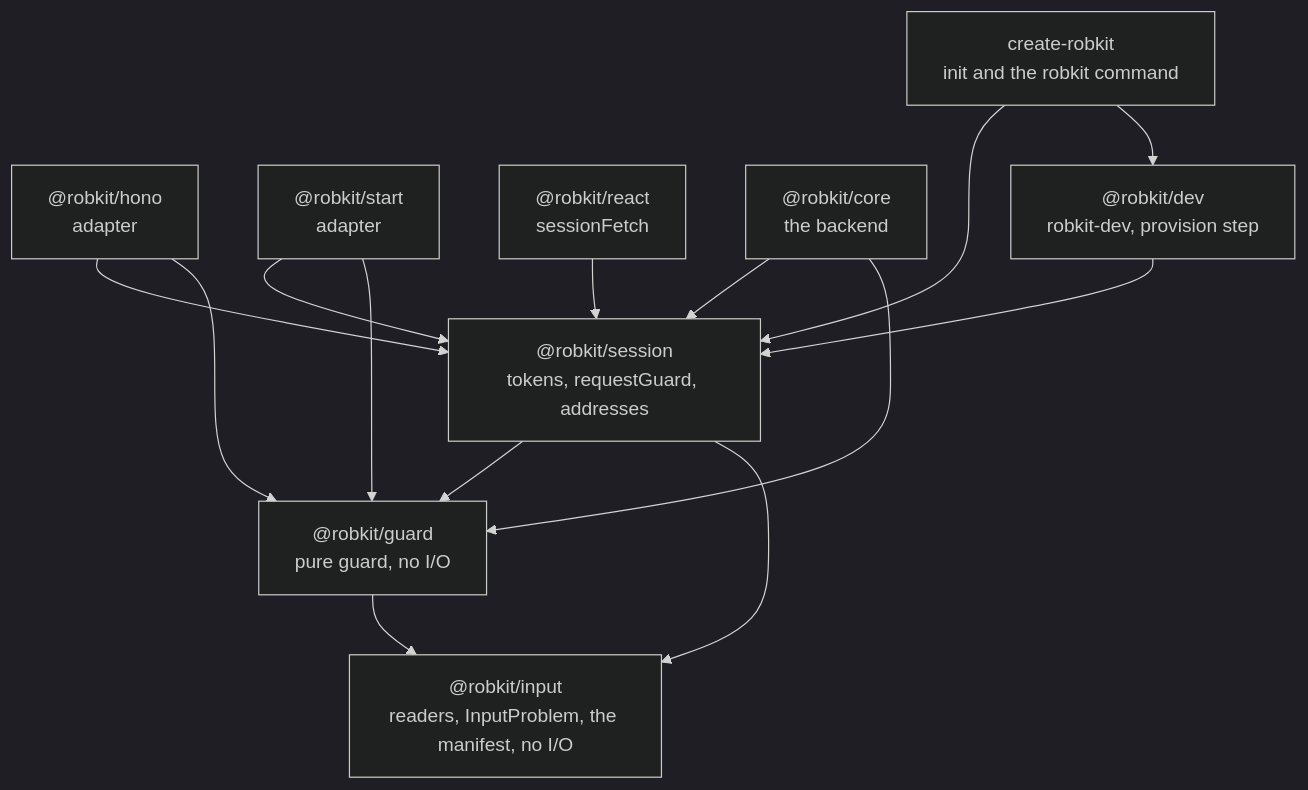
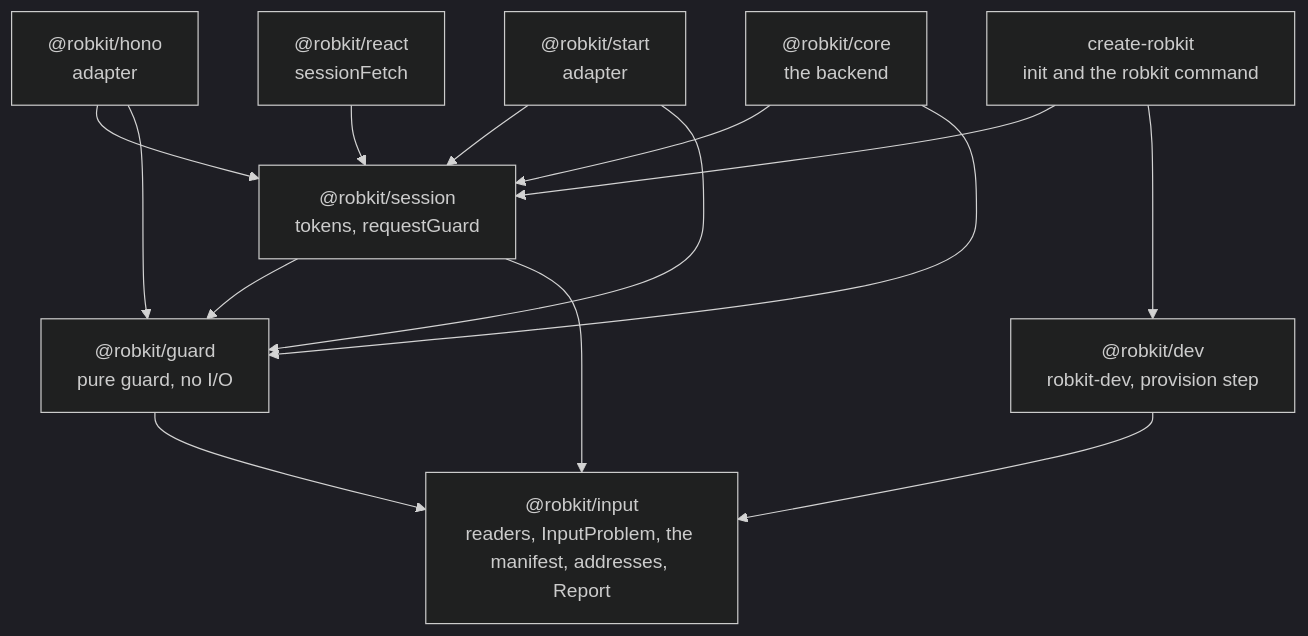
One commit to RobertScholey98/robkit changed the fourth of 5 diagrams in docs/architecture.md. Above: the diagram before and after it, drawn with Mermaid (dark theme). The commit also changed other lines of this file, not shown here.

First line of the commit message:
Bring architecture.md up to date with tickets 21 and 26

````diff
--- a/docs/architecture.md
+++ b/docs/architecture.md
@@ -120,26 +120,26 @@
 ```mermaid
 flowchart TD
-  input["@robkit/input<br/>readers, InputProblem, the manifest, no I/O"]
+  input["@robkit/input<br/>readers, InputProblem, the manifest, addresses, Report"]
   guard["@robkit/guard<br/>pure guard, no I/O"]
-  session["@robkit/session<br/>tokens, requestGuard, addresses"]
+  session["@robkit/session<br/>tokens, requestGuard"]
   hono["@robkit/hono<br/>adapter"]
   start["@robkit/start<br/>adapter"]
   react["@robkit/react<br/>sessionFetch"]
   core["@robkit/core<br/>the backend"]
   dev["@robkit/dev<br/>robkit-dev, provision step"]
   create["create-robkit<br/>init and the robkit command"]
 
   guard --> input
   session --> guard
   session --> input
   hono --> session
   hono --> guard
   start --> session
   start --> guard
   react --> session
   core --> session
   core --> guard
-  dev --> session
+  dev --> input
   create --> session
   create --> dev
 ```
````
